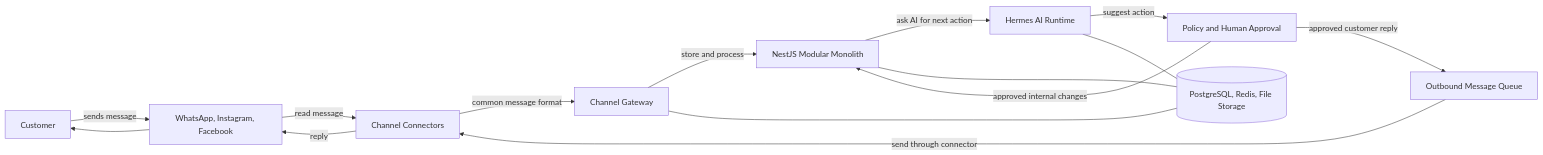
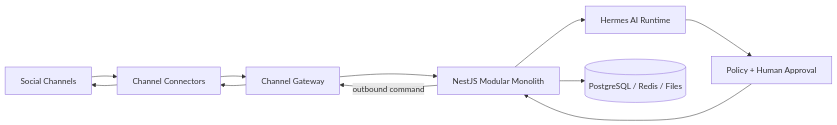
Before and after one commit to Metwally-Sayed/ai-sales-automation-architecture: the second of 6 diagrams in README.md, drawn with Mermaid. The commit also changed other lines of this file, not shown here.

Commit message:
docs: replace mega diagram with clear architecture views

````diff
--- a/README.md
+++ b/README.md
@@ -21,28 +78,21 @@
 ```mermaid
 flowchart LR
-    CUSTOMER["Customer"]
-    CHANNELS["WhatsApp, Instagram, Facebook"]
+    CHANNELS["Social Channels"]
     CONNECTORS["Channel Connectors"]
     GATEWAY["Channel Gateway"]
     CORE["NestJS Modular Monolith"]
-    HERMES["Hermes AI Runtime"]
-    APPROVAL["Policy and Human Approval"]
-    OUTBOX["Outbound Message Queue"]
-    DATA[("PostgreSQL, Redis, File Storage")]
+    AI["Hermes AI Runtime"]
+    APPROVAL["Policy + Human Approval"]
+    DATA[("PostgreSQL / Redis / Files")]
 
-    CUSTOMER -->|"sends message"| CHANNELS
-    CHANNELS -->|"read message"| CONNECTORS
-    CONNECTORS -->|"common message format"| GATEWAY
-    GATEWAY -->|"store and process"| CORE
-    CORE -->|"ask AI for next action"| HERMES
-    HERMES -->|"suggest action"| APPROVAL
-    APPROVAL -->|"approved internal changes"| CORE
-    APPROVAL -->|"approved customer reply"| OUTBOX
-    OUTBOX -->|"send through connector"| CONNECTORS
-    CONNECTORS -->|"reply"| CHANNELS
-    CHANNELS --> CUSTOMER
-
-    CORE --- DATA
-    GATEWAY --- DATA
-    HERMES --- DATA
+    CHANNELS --> CONNECTORS
+    CONNECTORS --> GATEWAY
+    GATEWAY --> CORE
+    CORE --> AI
+    AI --> APPROVAL
+    APPROVAL --> CORE
+    CORE --> DATA
+    CORE -->|"outbound command"| GATEWAY
+    GATEWAY --> CONNECTORS
+    CONNECTORS --> CHANNELS
 ```
````
